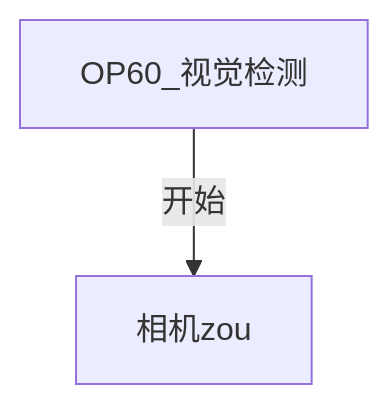
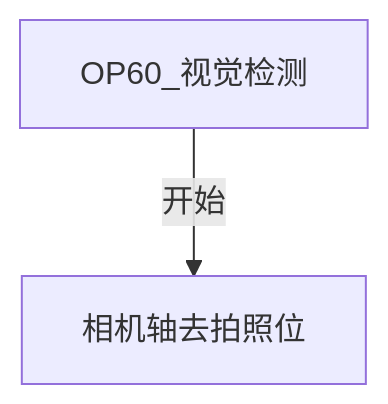
The diagram in all/未命名.md (zmq000/iodraw-files), drawn with Mermaid before and after one commit.

Commit message:
2026-06-17 14:11:28 update

````diff
--- a/all/未命名.md
+++ b/all/未命名.md
@@ -1,5 +1,5 @@
 ```mermaid
 graph TD
    0[OP60_视觉检测]-->|开始|10
-   10[相机zou]
+   10[相机轴去拍照位]
 ```
````
